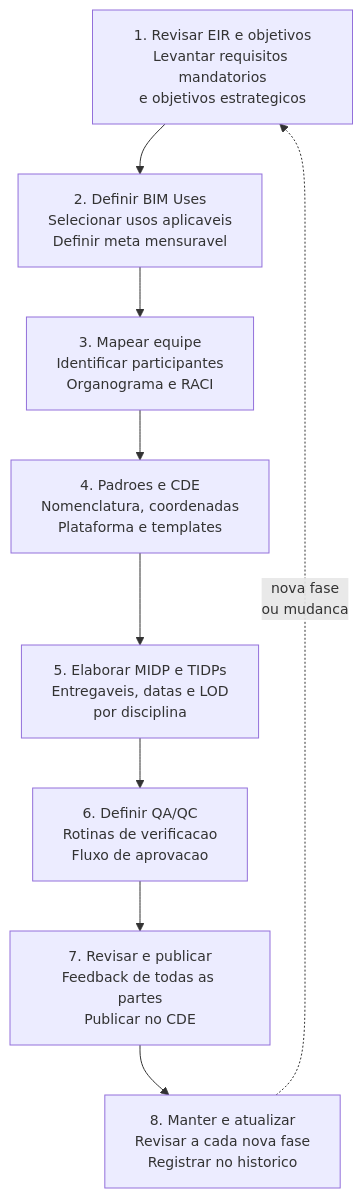
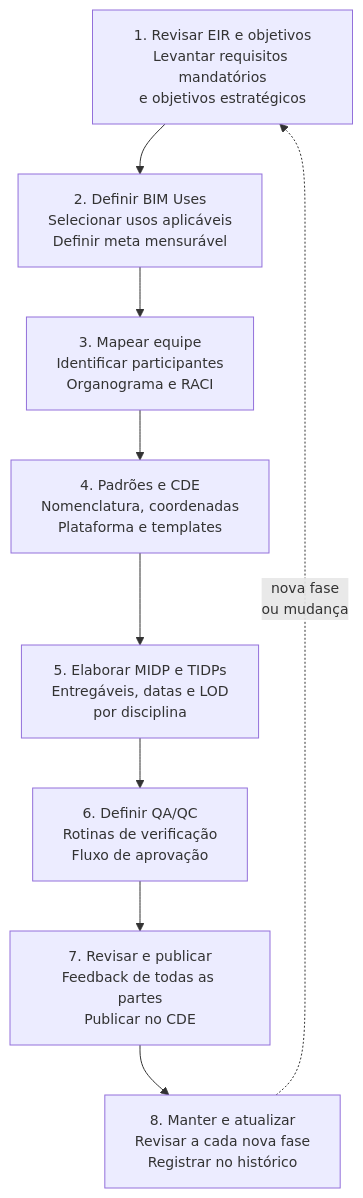
One commit to 255ribeiro/intro_ifc changed the eighth of 8 diagrams in docs/bep/bep-bim-material.md. Above: the diagram before and after it, drawn with Mermaid. The commit also changed other lines of this file, not shown here.

````diff
--- a/docs/bep/bep-bim-material.md
+++ b/docs/bep/bep-bim-material.md
@@ -501,15 +501,15 @@
 ```mermaid
 %%{init: {"themeVariables": {"fontSize": "14px"}}}%%
 flowchart TD
-    S1["1. Revisar EIR e objetivos\nLevantar requisitos mandatorios\ne objetivos estrategicos"]
-    S2["2. Definir BIM Uses\nSelecionar usos aplicaveis\nDefinir meta mensuravel"]
+    S1["1. Revisar EIR e objetivos\nLevantar requisitos mandatórios\ne objetivos estratégicos"]
+    S2["2. Definir BIM Uses\nSelecionar usos aplicáveis\nDefinir meta mensurável"]
     S3["3. Mapear equipe\nIdentificar participantes\nOrganograma e RACI"]
-    S4["4. Padroes e CDE\nNomenclatura, coordenadas\nPlataforma e templates"]
-    S5["5. Elaborar MIDP e TIDPs\nEntregaveis, datas e LOD\npor disciplina"]
-    S6["6. Definir QA/QC\nRotinas de verificacao\nFluxo de aprovacao"]
+    S4["4. Padrões e CDE\nNomenclatura, coordenadas\nPlataforma e templates"]
+    S5["5. Elaborar MIDP e TIDPs\nEntregáveis, datas e LOD\npor disciplina"]
+    S6["6. Definir QA/QC\nRotinas de verificação\nFluxo de aprovação"]
     S7["7. Revisar e publicar\nFeedback de todas as partes\nPublicar no CDE"]
-    S8["8. Manter e atualizar\nRevisar a cada nova fase\nRegistrar no historico"]
+    S8["8. Manter e atualizar\nRevisar a cada nova fase\nRegistrar no histórico"]
 
     S1 --> S2 --> S3 --> S4 --> S5 --> S6 --> S7 --> S8
-    S8 -.->|"nova fase\nou mudanca"| S1
+    S8 -.->|"nova fase\nou mudança"| S1
 ```
````
